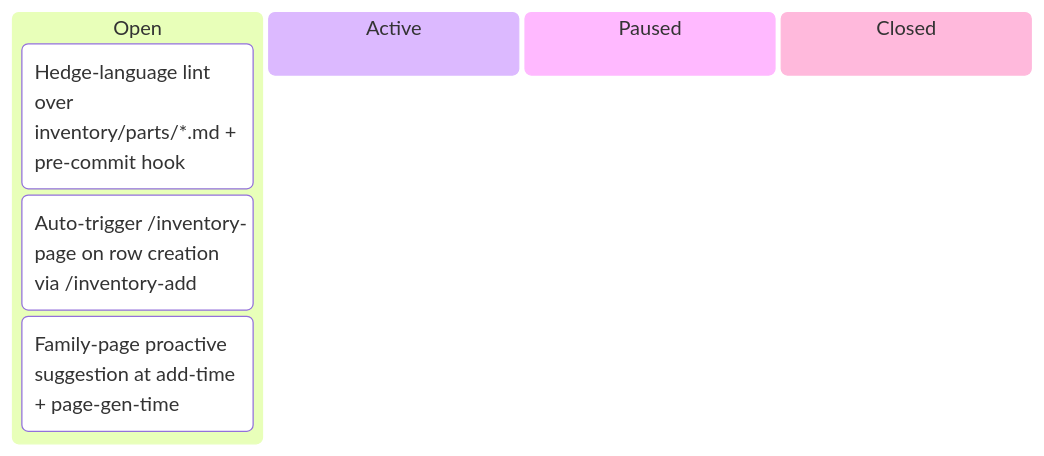
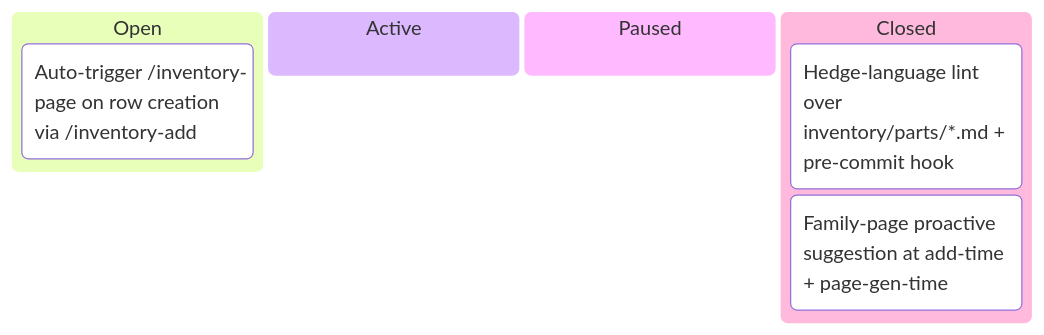
One commit to tgd1975/PartsLedger changed the sixth of 8 diagrams in docs/developers/tasks/KANBAN.md. Above: the diagram before and after it, drawn with Mermaid. The commit also changed other lines of this file and 23 other files, not shown here.

First line of the commit message:
close EPIC-003: skill-path-today — hedge-language lint + family-page sibling suggestion (TASK-020 deferred)

````diff
--- a/docs/developers/tasks/KANBAN.md
+++ b/docs/developers/tasks/KANBAN.md
@@ -100,10 +100,10 @@
 ```mermaid
 kanban
   Open
-    TASK_019["Hedge-language lint over inventory/parts/*.md + pre-commit hook"]
     TASK_020["Auto-trigger /inventory-page on row creation via /inventory-add"]
-    TASK_021["Family-page proactive suggestion at add-time + page-gen-time"]
   Active
   Paused
   Closed
+    TASK_019["Hedge-language lint over inventory/parts/*.md + pre-commit hook"]
+    TASK_021["Family-page proactive suggestion at add-time + page-gen-time"]
 ```
````
